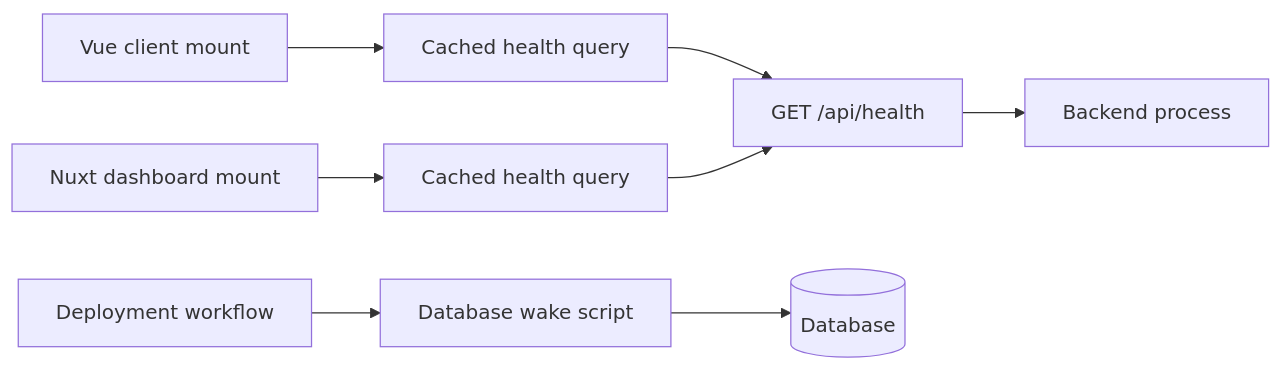
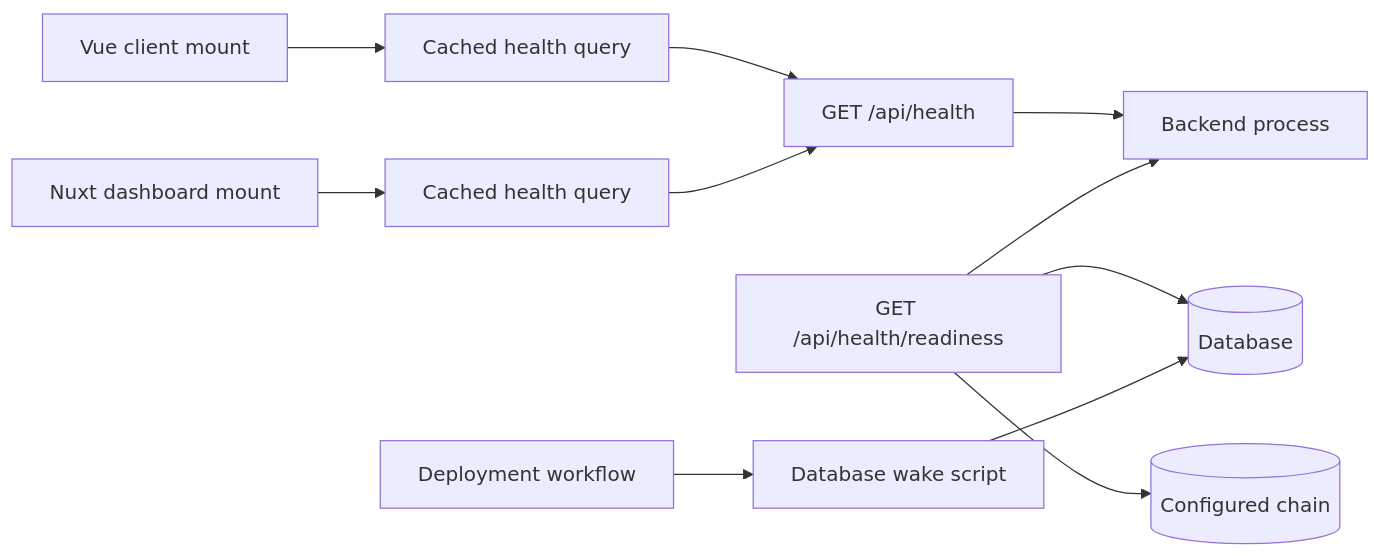
Before and after one commit to globe-and-citizen/cnc-portal: the diagram in docs/implementation/runtime-wake-up/README.md, drawn with Mermaid. The commit also changed other lines of this file and 8 other files, not shown here.

````diff
--- a/docs/implementation/runtime-wake-up/README.md
+++ b/docs/implementation/runtime-wake-up/README.md
@@ -15,11 +15,15 @@
 ```mermaid
 flowchart LR
   client[Vue client mount] --> clientQuery[Cached health query]
   dashboard[Nuxt dashboard mount] --> dashboardQuery[Cached health query]
   clientQuery --> health[GET /api/health]
   dashboardQuery --> health
   health --> backend[Backend process]
 
+  readiness[GET /api/health/readiness] --> backend
+  readiness --> database
+  readiness --> chain[(Configured chain)]
+
   deploy[Deployment workflow] --> wakeScript[Database wake script]
   wakeScript --> database[(Database)]
 ```
````
